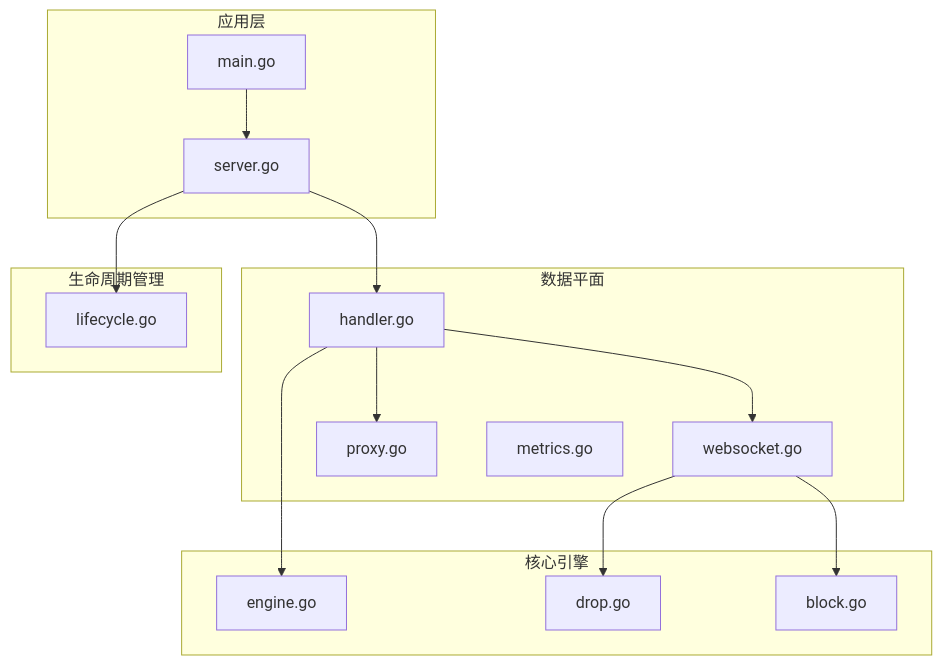
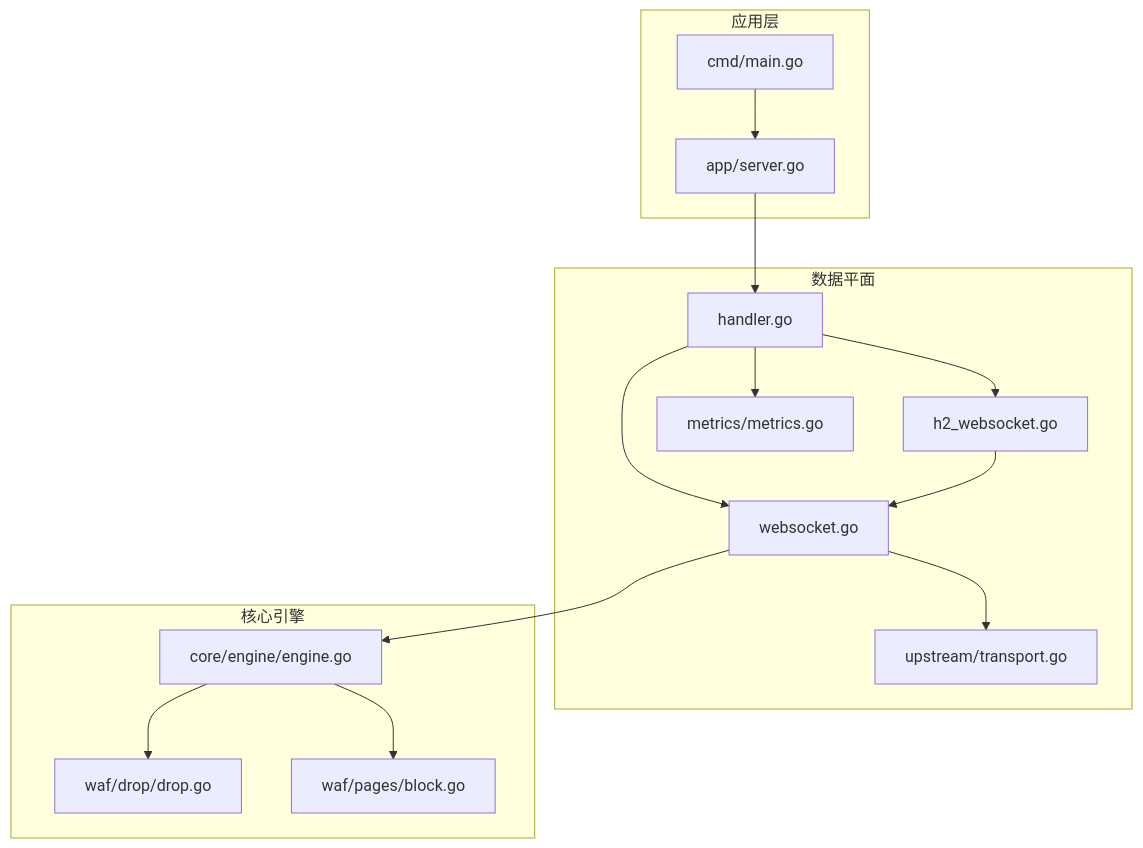
One commit to x01n/My-OpenWaf changed the first of 11 diagrams in docs/数据平面处理/WebSocket 连接处理.md. Above: the diagram before and after it, drawn with Mermaid. The commit also changed other lines of this file and 622 other files, not shown here.

````diff
--- a/docs/数据平面处理/WebSocket 连接处理.md
+++ b/docs/数据平面处理/WebSocket 连接处理.md
@@ -38,29 +65,29 @@
 ```mermaid
 graph TB
 subgraph "应用层"
-Main[main.go]
-Server[server.go]
+Main["cmd/main.go"]
+Server["app/server.go"]
 end
 subgraph "数据平面"
-Handler[handler.go]
-WS[websocket.go]
-Proxy[proxy.go]
-Metrics[metrics.go]
+Handler["handler.go"]
+WS["websocket.go"]
+H2WS["h2_websocket.go"]
+UP["upstream/transport.go"]
+Metrics["metrics/metrics.go"]
 end
 subgraph "核心引擎"
-Engine[engine.go]
-Drop[drop.go]
-Block[block.go]
-end
-subgraph "生命周期管理"
-Life[lifecycle.go]
+Engine["core/engine/engine.go"]
+Drop["waf/drop/drop.go"]
+Block["waf/pages/block.go"]
 end
 Main --> Server
 Server --> Handler
 Handler --> WS
-Handler --> Proxy
-Handler --> Engine
-WS --> Drop
-WS --> Block
-Server --> Life
+Handler --> H2WS
+WS --> UP
+H2WS --> WS
+WS --> Engine
+Engine --> Drop
+Engine --> Block
+Handler --> Metrics
 ```
````
